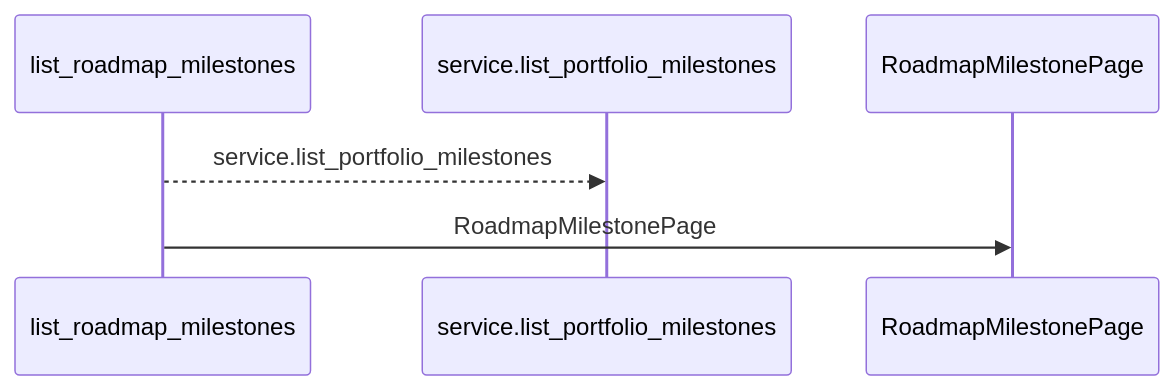
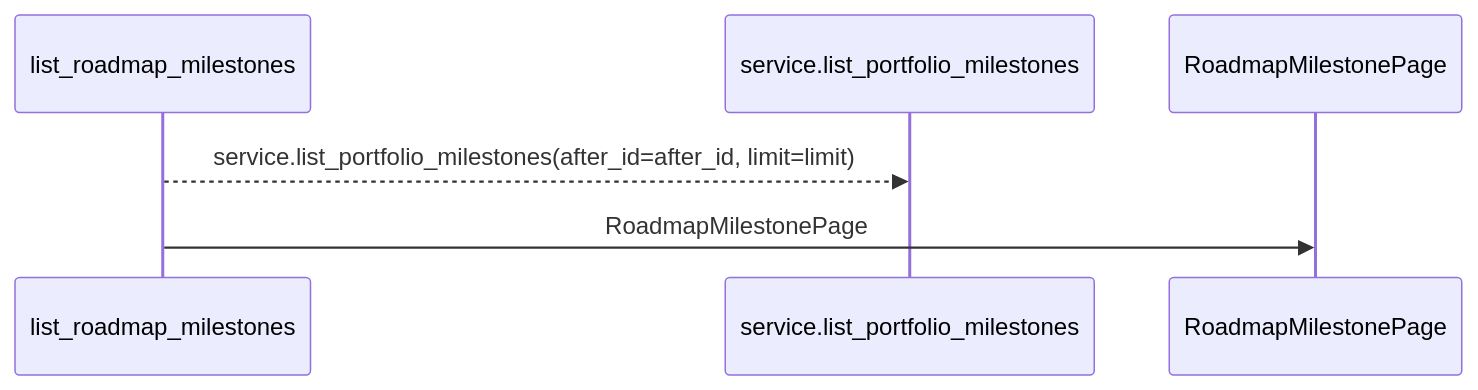
The first of 2 diagrams in docs/llm_wiki/flows/http-list_roadmap_milestones.md (Denissvgn/WorkChord), drawn with Mermaid before and after one commit. The commit also changed other lines of this file and 25171 other files, not shown here.

````diff
--- a/docs/llm_wiki/flows/http-list_roadmap_milestones.md
+++ b/docs/llm_wiki/flows/http-list_roadmap_milestones.md
@@ -10,8 +12,8 @@
 ```mermaid
 sequenceDiagram
     participant p0 as list_roadmap_milestones
     participant p1 as service.list_portfolio_milestones
     participant p2 as RoadmapMilestonePage
-    p0-->>p1: service.list_portfolio_milestones
+    p0-->>p1: service.list_portfolio_milestones(after_id=after_id, limit=limit)
     p0->>p2: RoadmapMilestonePage
 ```
````
